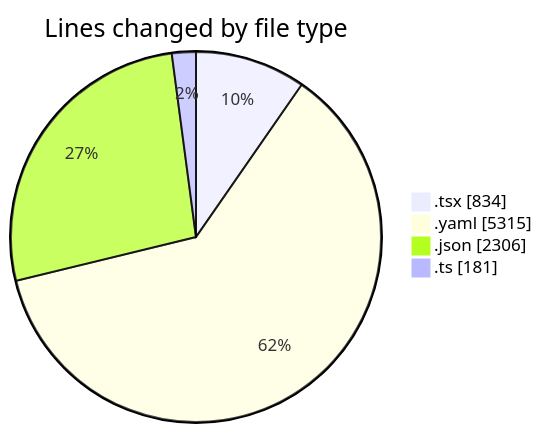
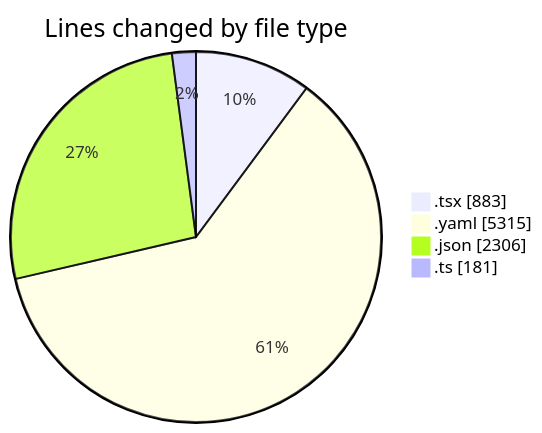
Before and after one commit to julien-gomy/code-tracking: the first of 2 diagrams in 2025-11-07/eventscop-frontend-guide__workspace_/README.md, drawn with Mermaid. The commit also changed other lines of this file and 1 other file, not shown here.

````diff
--- a/2025-11-07/eventscop-frontend-guide__workspace_/README.md
+++ b/2025-11-07/eventscop-frontend-guide__workspace_/README.md
@@ -35,8 +36,8 @@
 ```mermaid
 pie showData
 title Lines changed by file type
-".tsx" : 834
+".tsx" : 883
 ".yaml" : 5315
 ".json" : 2306
 ".ts" : 181
 ```
````
